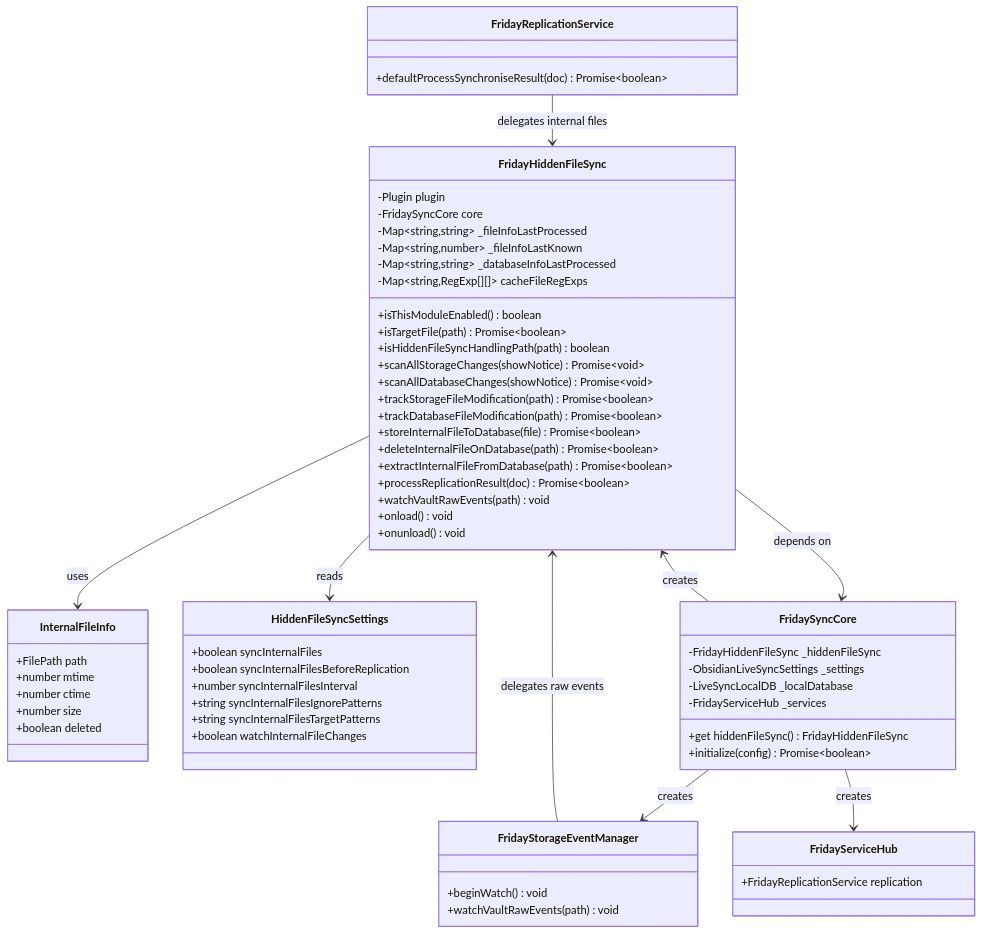
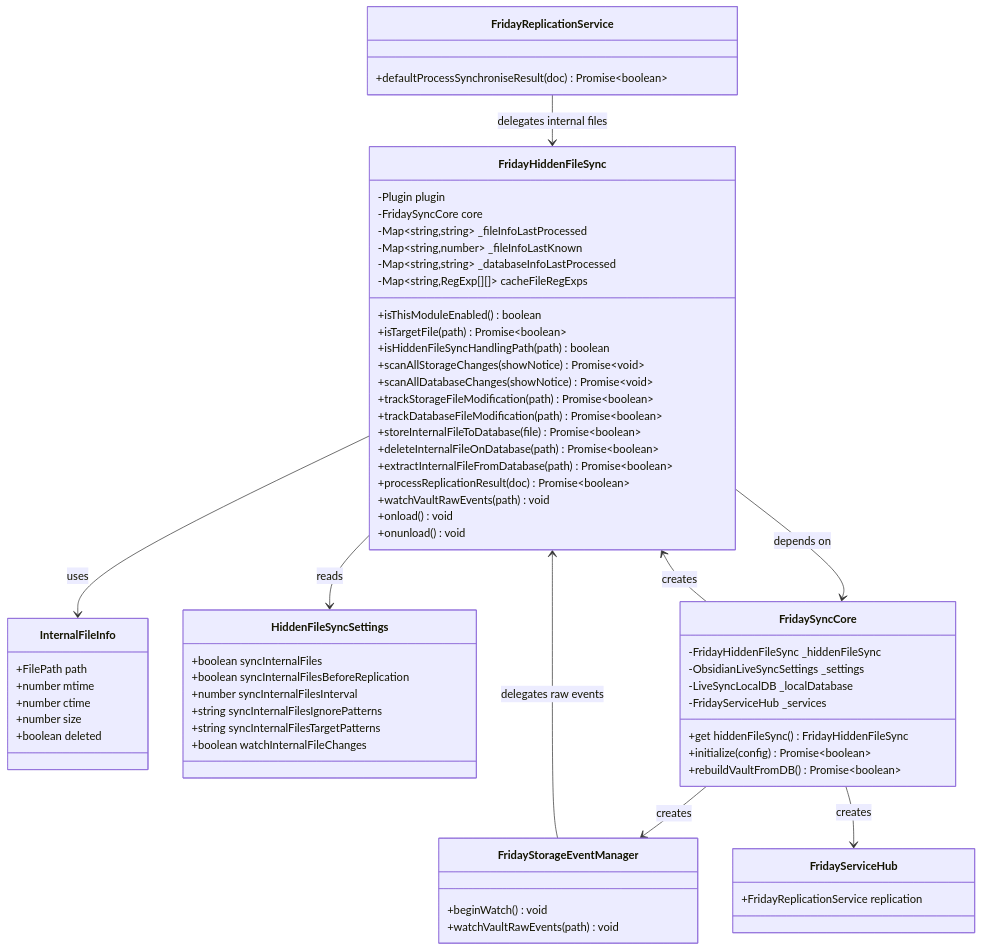
The diagram in prompts/hidden-file-sync.md (mdfriday/obsidian-friday-plugin), drawn with Mermaid before and after one commit. The commit also changed other lines of this file, not shown here.

````diff
--- a/prompts/hidden-file-sync.md
+++ b/prompts/hidden-file-sync.md
@@ -11,75 +11,76 @@
 ```mermaid
 classDiagram
 direction TB
 
 class FridayHiddenFileSync {
     -Plugin plugin
     -FridaySyncCore core
     -Map~string,string~ _fileInfoLastProcessed
     -Map~string,number~ _fileInfoLastKnown
     -Map~string,string~ _databaseInfoLastProcessed
     -Map~string,RegExp[][]~ cacheFileRegExps
     +isThisModuleEnabled() boolean
     +isTargetFile(path) Promise~boolean~
     +isHiddenFileSyncHandlingPath(path) boolean
     +scanAllStorageChanges(showNotice) Promise~void~
     +scanAllDatabaseChanges(showNotice) Promise~void~
     +trackStorageFileModification(path) Promise~boolean~
     +trackDatabaseFileModification(path) Promise~boolean~
     +storeInternalFileToDatabase(file) Promise~boolean~
     +deleteInternalFileOnDatabase(path) Promise~boolean~
     +extractInternalFileFromDatabase(path) Promise~boolean~
     +processReplicationResult(doc) Promise~boolean~
     +watchVaultRawEvents(path) void
     +onload() void
     +onunload() void
 }
 
 class InternalFileInfo {
     +FilePath path
     +number mtime
     +number ctime
     +number size
     +boolean deleted
 }
 
 class HiddenFileSyncSettings {
     +boolean syncInternalFiles
     +boolean syncInternalFilesBeforeReplication
     +number syncInternalFilesInterval
     +string syncInternalFilesIgnorePatterns
     +string syncInternalFilesTargetPatterns
     +boolean watchInternalFileChanges
 }
 
 class FridaySyncCore {
     -FridayHiddenFileSync _hiddenFileSync
     -ObsidianLiveSyncSettings _settings
     -LiveSyncLocalDB _localDatabase
     -FridayServiceHub _services
     +get hiddenFileSync() FridayHiddenFileSync
     +initialize(config) Promise~boolean~
+    +rebuildVaultFromDB() Promise~boolean~
 }
 
 class FridayStorageEventManager {
     +beginWatch() void
     +watchVaultRawEvents(path) void
 }
 
 class FridayServiceHub {
     +FridayReplicationService replication
 }
 
 class FridayReplicationService {
     +defaultProcessSynchroniseResult(doc) Promise~boolean~
 }
 
 FridaySyncCore --> FridayHiddenFileSync : creates
 FridaySyncCore --> FridayStorageEventManager : creates
 FridaySyncCore --> FridayServiceHub : creates
 FridayHiddenFileSync --> FridaySyncCore : depends on
 FridayHiddenFileSync --> InternalFileInfo : uses
 FridayHiddenFileSync --> HiddenFileSyncSettings : reads
 FridayStorageEventManager --> FridayHiddenFileSync : delegates raw events
 FridayReplicationService --> FridayHiddenFileSync : delegates internal files
 ```
````
